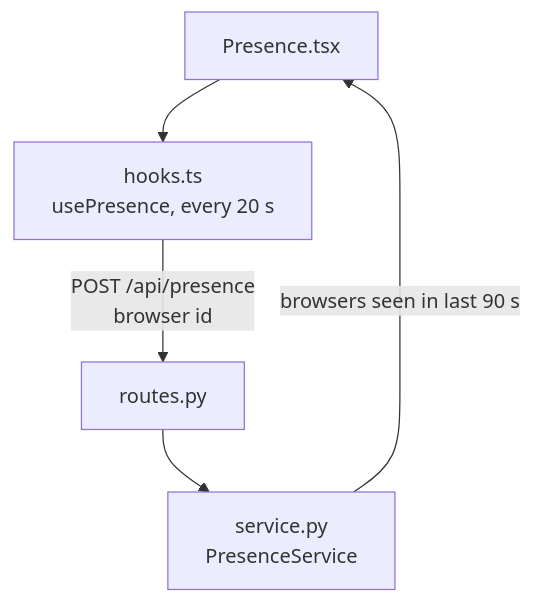
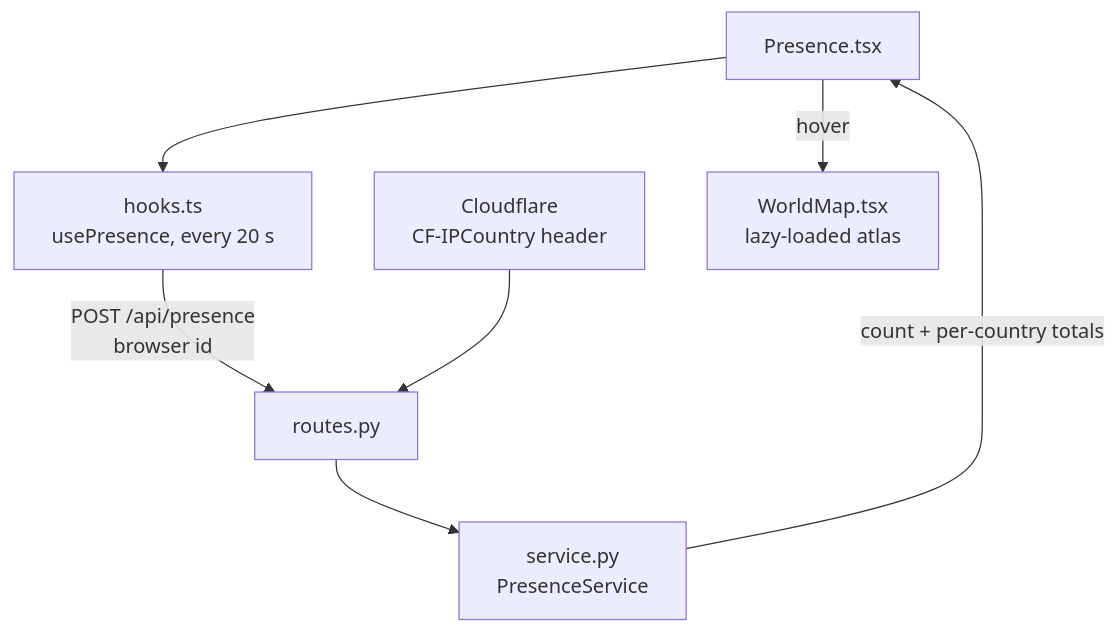
One commit to SVF-tools/ACT-GUI changed the second of 3 diagrams in visual_bench/workspace/README.md. Above: the diagram before and after it, drawn with Mermaid. The commit also changed other lines of this file and 11 other files, not shown here.

Commit message:
show where online visitors come from on a hover world map

````diff
--- a/visual_bench/workspace/README.md
+++ b/visual_bench/workspace/README.md
@@ -33,7 +33,9 @@
 ```mermaid
 flowchart TB
   Bar["Presence.tsx"] --> Hook["hooks.ts<br/>usePresence, every 20 s"]
   Hook -->|"POST /api/presence<br/>browser id"| Route["routes.py"]
+  CF["Cloudflare<br/>CF-IPCountry header"] --> Route
   Route --> Svc["service.py<br/>PresenceService"]
-  Svc -->|"browsers seen in last 90 s"| Bar
+  Svc -->|"count + per-country totals"| Bar
+  Bar -->|"hover"| Map["WorldMap.tsx<br/>lazy-loaded atlas"]
 ```
````
